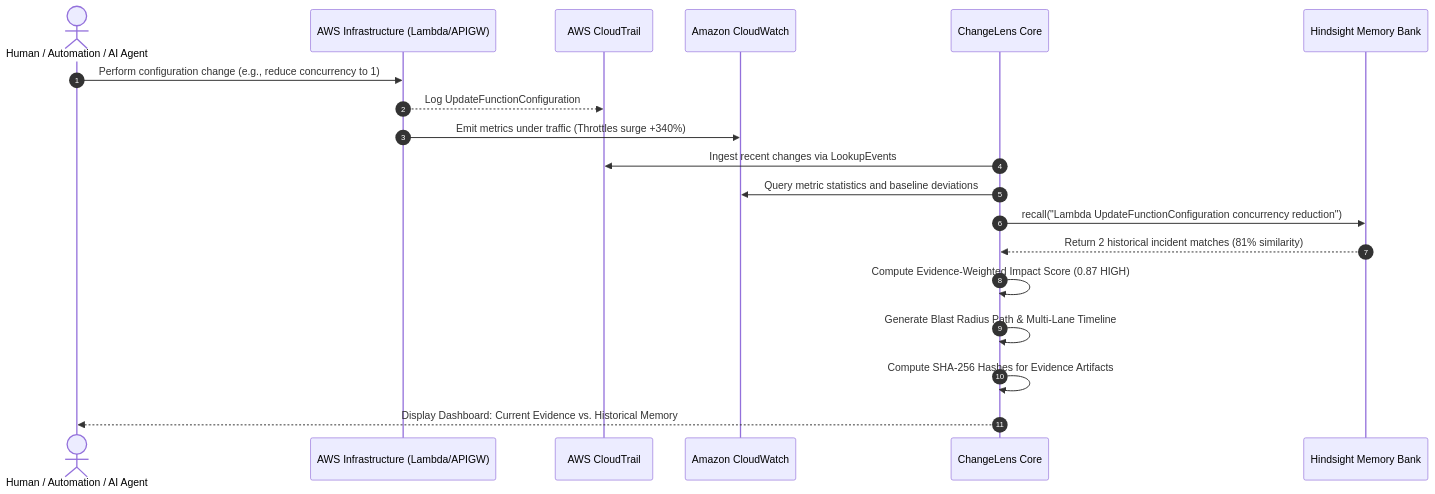
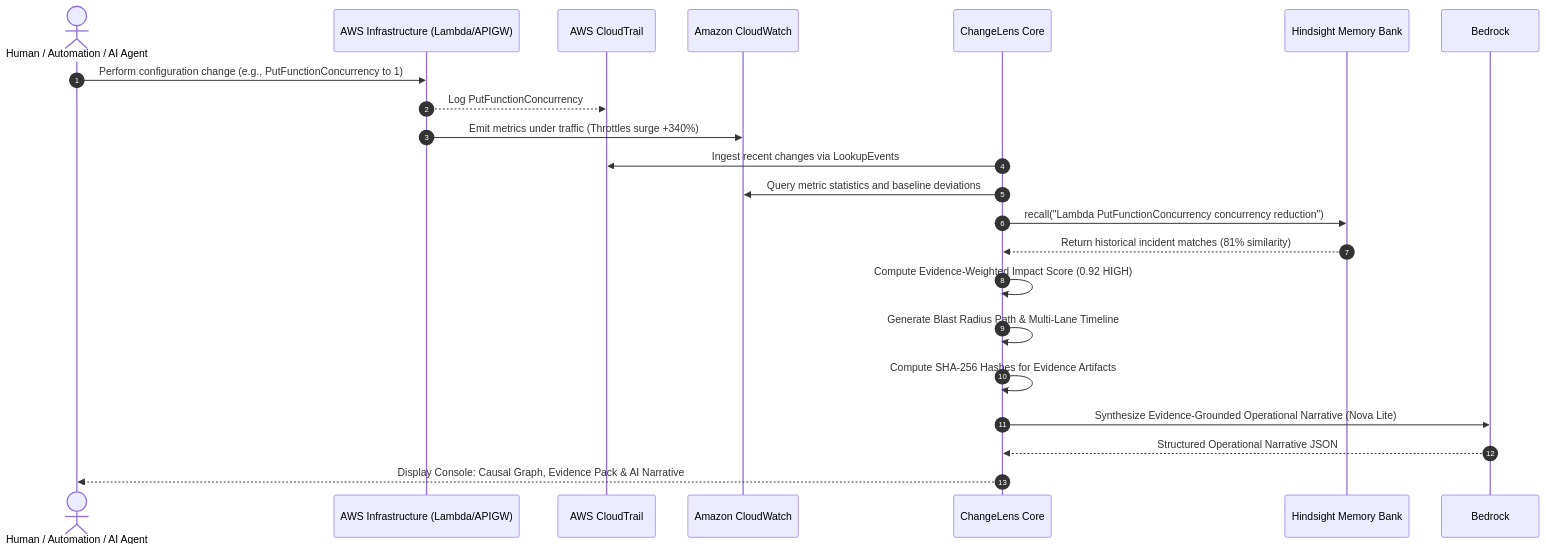
The second of 4 diagrams in ARCHITECTURE.md (srinivasBJ/changelens), drawn with Mermaid before and after one commit. The commit also changed 13 other files, not shown here.

First line of the commit message:
feat(ai): integrate Amazon Bedrock operational narrative with fallback and harden mutating API routes

````diff
--- a/ARCHITECTURE.md
+++ b/ARCHITECTURE.md
@@ -89,26 +89,28 @@
 ```mermaid
 sequenceDiagram
     autonumber
     actor Operator as Human / Automation / AI Agent
     participant AWS as AWS Infrastructure (Lambda/APIGW)
     participant CT as AWS CloudTrail
     participant CW as Amazon CloudWatch
     participant CL as ChangeLens Core
     participant HS as Hindsight Memory Bank
 
-    Operator->>AWS: Perform configuration change (e.g., reduce concurrency to 1)
-    AWS-->>CT: Log UpdateFunctionConfiguration
+    Operator->>AWS: Perform configuration change (e.g., PutFunctionConcurrency to 1)
+    AWS-->>CT: Log PutFunctionConcurrency
     AWS->>CW: Emit metrics under traffic (Throttles surge +340%)
     
     CL->>CT: Ingest recent changes via LookupEvents
     CL->>CW: Query metric statistics and baseline deviations
     
-    CL->>HS: recall("Lambda UpdateFunctionConfiguration concurrency reduction")
-    HS-->>CL: Return 2 historical incident matches (81% similarity)
+    CL->>HS: recall("Lambda PutFunctionConcurrency concurrency reduction")
+    HS-->>CL: Return historical incident matches (81% similarity)
     
-    CL->>CL: Compute Evidence-Weighted Impact Score (0.87 HIGH)
+    CL->>CL: Compute Evidence-Weighted Impact Score (0.92 HIGH)
     CL->>CL: Generate Blast Radius Path & Multi-Lane Timeline
     CL->>CL: Compute SHA-256 Hashes for Evidence Artifacts
+    CL->>Bedrock: Synthesize Evidence-Grounded Operational Narrative (Nova Lite)
+    Bedrock-->>CL: Structured Operational Narrative JSON
     
-    CL-->>Operator: Display Dashboard: Current Evidence vs. Historical Memory
+    CL-->>Operator: Display Console: Causal Graph, Evidence Pack & AI Narrative
 ```
````
